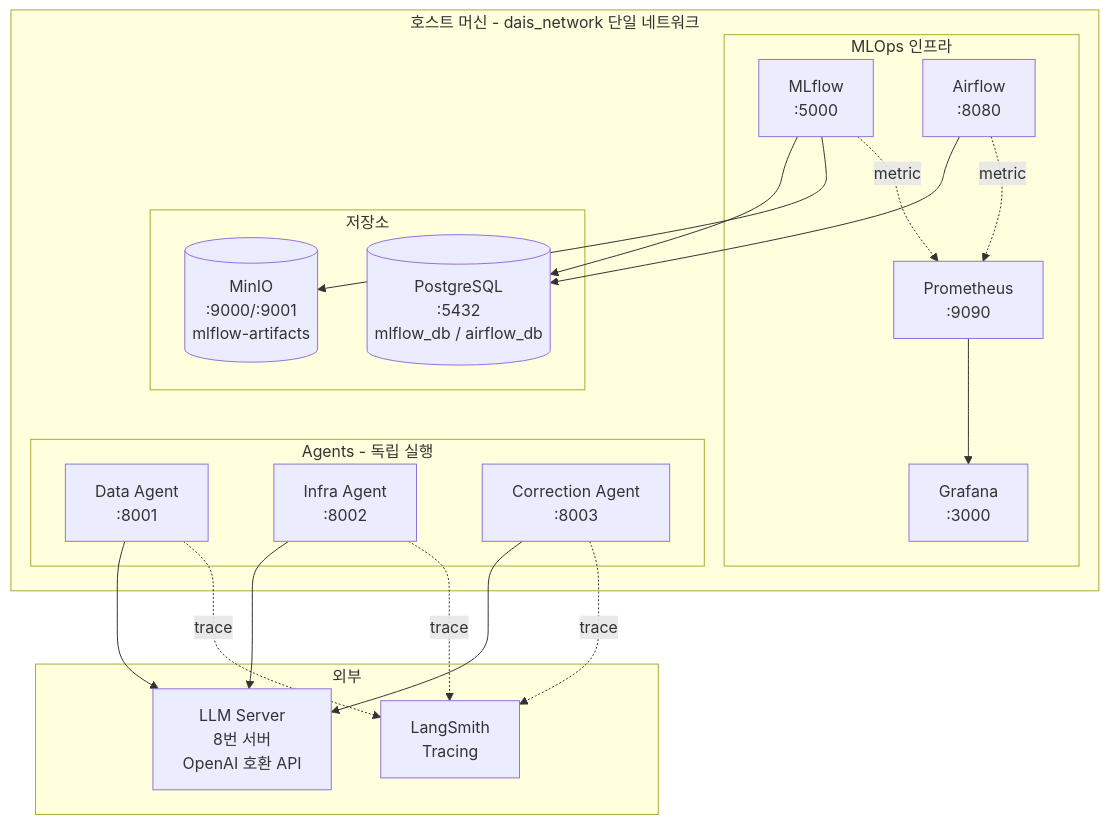
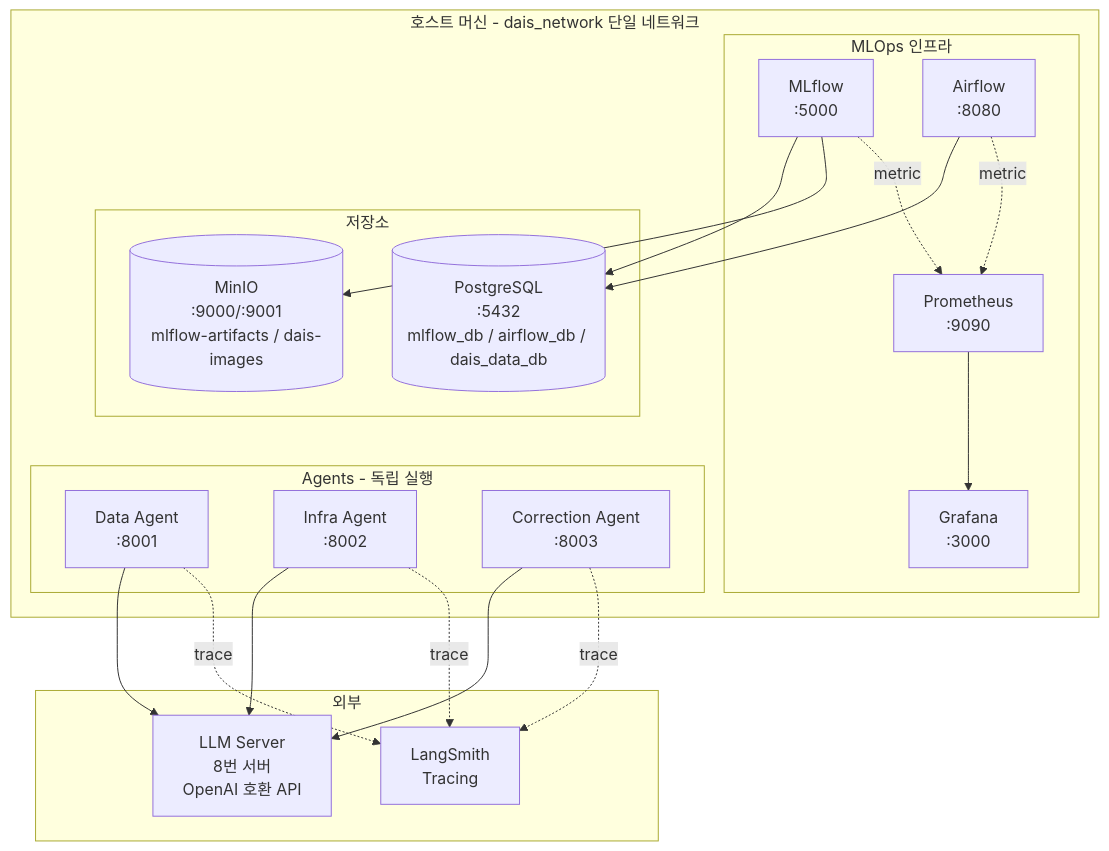
The diagram in docs/ARCHITECTURE.md (Dais-lab/dais-agent-public), drawn with Mermaid before and after one commit. The commit also changed other lines of this file and 59 other files, not shown here.

````diff
--- a/docs/ARCHITECTURE.md
+++ b/docs/ARCHITECTURE.md
@@ -9,41 +9,41 @@
 ```mermaid
 flowchart TB
     subgraph external[외부]
         LLM[LLM Server<br/>8번 서버<br/>OpenAI 호환 API]
         LangSmith[LangSmith<br/>Tracing]
     end
 
     subgraph host[호스트 머신 - dais_network 단일 네트워크]
         subgraph mlops[MLOps 인프라]
             MLflow[MLflow<br/>:5000]
             Airflow[Airflow<br/>:8080]
             Grafana[Grafana<br/>:3000]
             Prometheus[Prometheus<br/>:9090]
         end
 
         subgraph storage[저장소]
-            Postgres[(PostgreSQL<br/>:5432<br/>mlflow_db / airflow_db)]
-            MinIO[(MinIO<br/>:9000/:9001<br/>mlflow-artifacts)]
+            Postgres[(PostgreSQL<br/>:5432<br/>mlflow_db / airflow_db / dais_data_db)]
+            MinIO[(MinIO<br/>:9000/:9001<br/>mlflow-artifacts / dais-images)]
         end
 
         subgraph agents[Agents - 독립 실행]
             DataAgent[Data Agent<br/>:8001]
             InfraAgent[Infra Agent<br/>:8002]
             CorrectionAgent[Correction Agent<br/>:8003]
         end
     end
 
     MLflow --> Postgres
     MLflow --> MinIO
     Airflow --> Postgres
     Prometheus --> Grafana
     Airflow -.metric.-> Prometheus
     MLflow -.metric.-> Prometheus
 
     DataAgent --> LLM
     InfraAgent --> LLM
     CorrectionAgent --> LLM
     DataAgent -.trace.-> LangSmith
     InfraAgent -.trace.-> LangSmith
     CorrectionAgent -.trace.-> LangSmith
 ```
````
